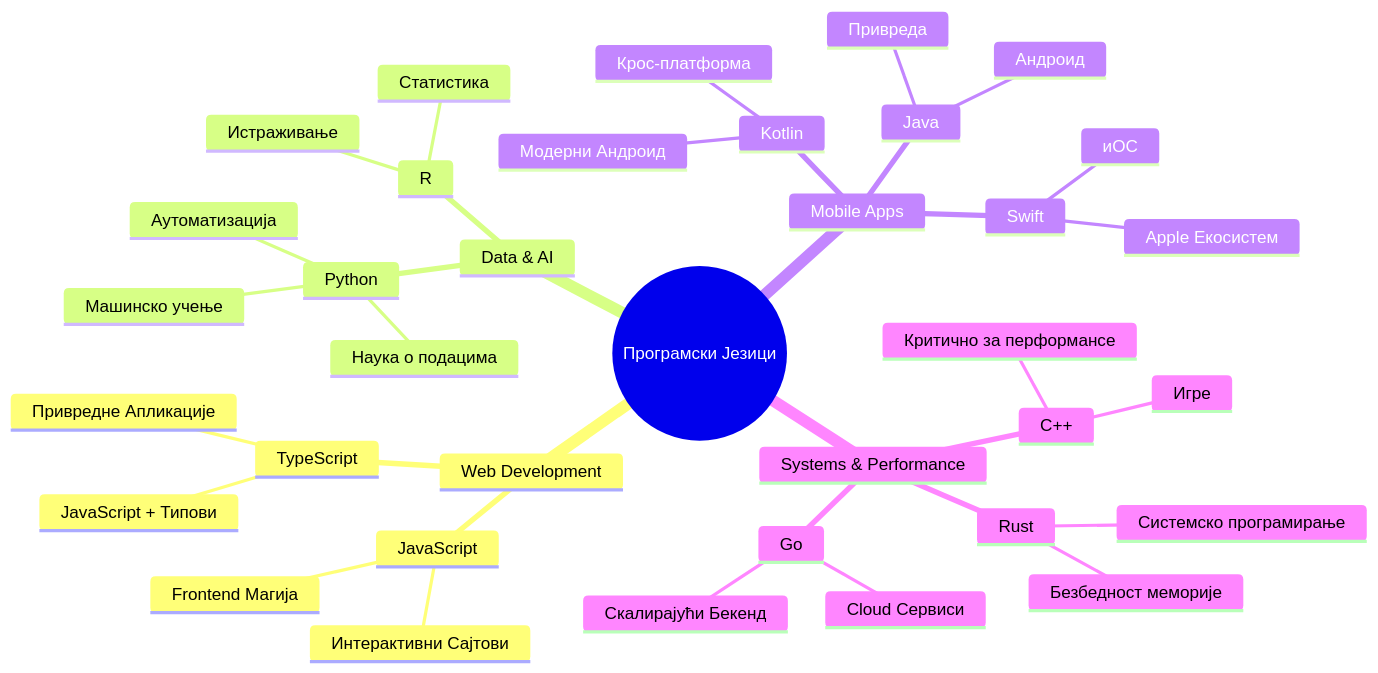
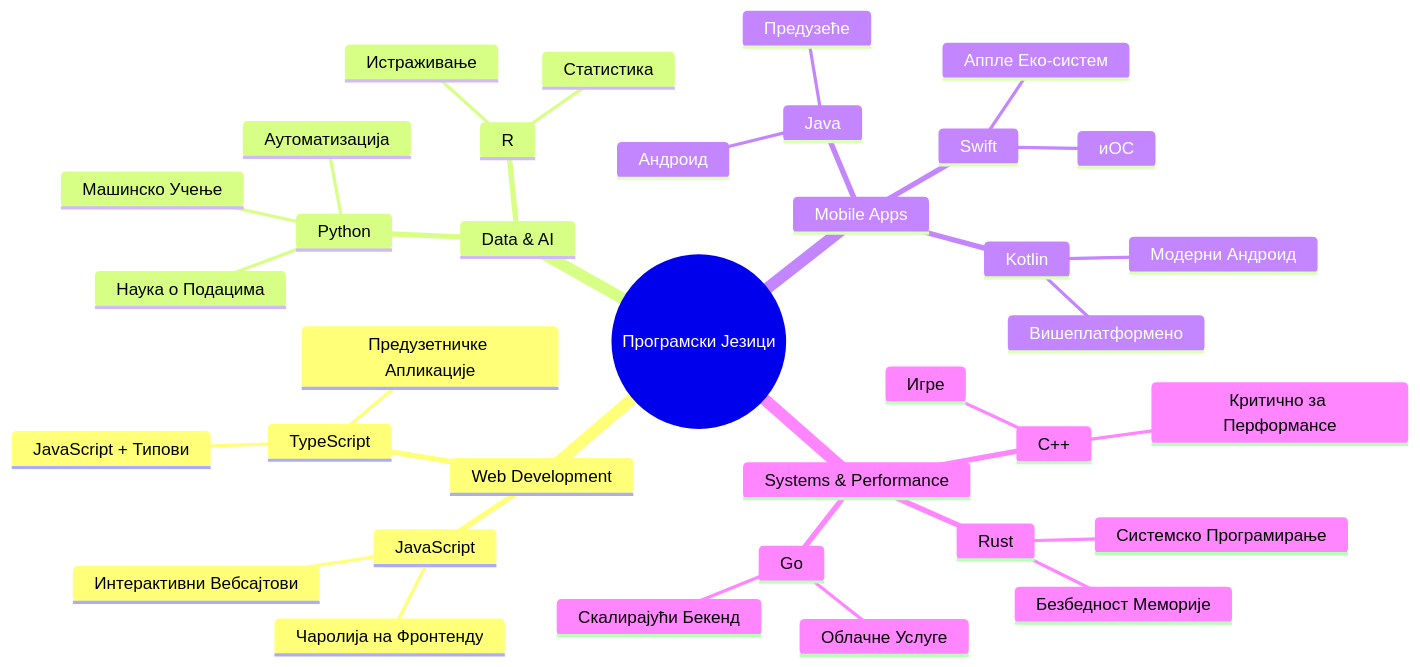
The second of 7 diagrams in translations/sr/1-getting-started-lessons/1-intro-to-programming-languages/README.md (microsoft/Web-Dev-For-Beginners), drawn with Mermaid before and after one commit. The commit also changed other lines of this file and 11 other files, not shown here.

````diff
--- a/translations/sr/1-getting-started-lessons/1-intro-to-programming-languages/README.md
+++ b/translations/sr/1-getting-started-lessons/1-intro-to-programming-languages/README.md
@@ -85,39 +85,39 @@
 ```mermaid
 mindmap
   root((Програмски Језици))
     Web Development
       JavaScript
-        Frontend Магија
-        Интерактивни Сајтови
+        Чаролија на Фронтенду
+        Интерактивни Вебсајтови
       TypeScript
         JavaScript + Типови
-        Привредне Апликације
+        Предузетничке Апликације
     Data & AI
       Python
-        Наука о подацима
-        Машинско учење
+        Наука о Подацима
+        Машинско Учење
         Аутоматизација
       R
         Статистика
         Истраживање
     Mobile Apps
       Java
         Андроид
-        Привреда
+        Предузеће
       Swift
         иОС
-        Apple Екосистем
+        Аппле Еко-систем
       Kotlin
         Модерни Андроид
-        Крос-платформа
+        Вишеплатформено
     Systems & Performance
       C++
         Игре
-        Критично за перформансе
+        Критично за Перформансе
       Rust
-        Безбедност меморије
-        Системско програмирање
+        Безбедност Меморије
+        Системско Програмирање
       Go
-        Cloud Сервиси
+        Облачне Услуге
         Скалирајући Бекенд
 ```
````
